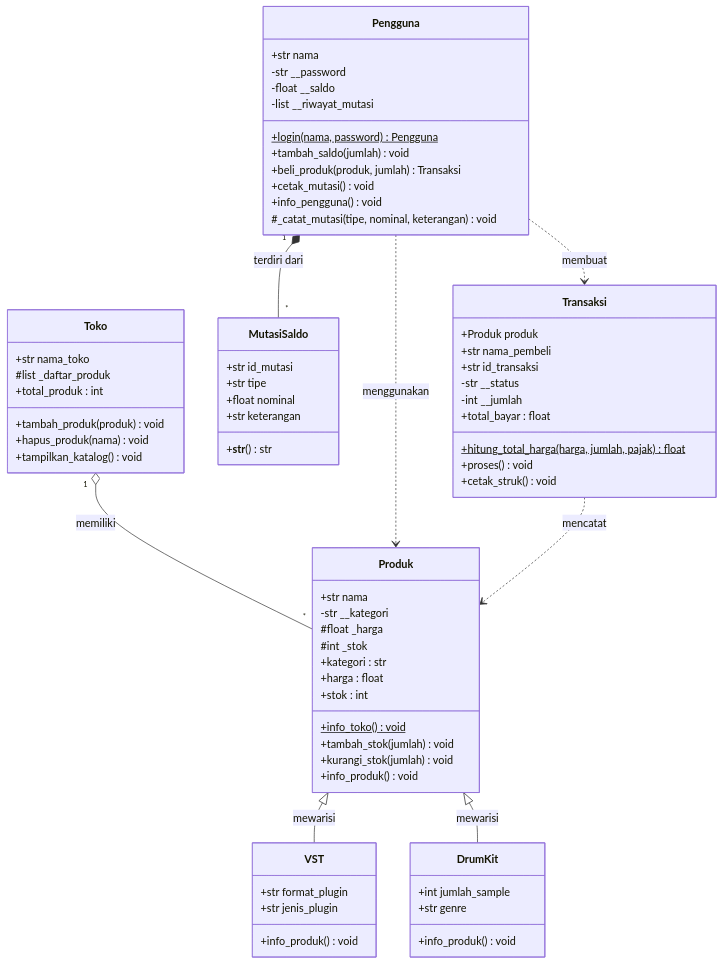
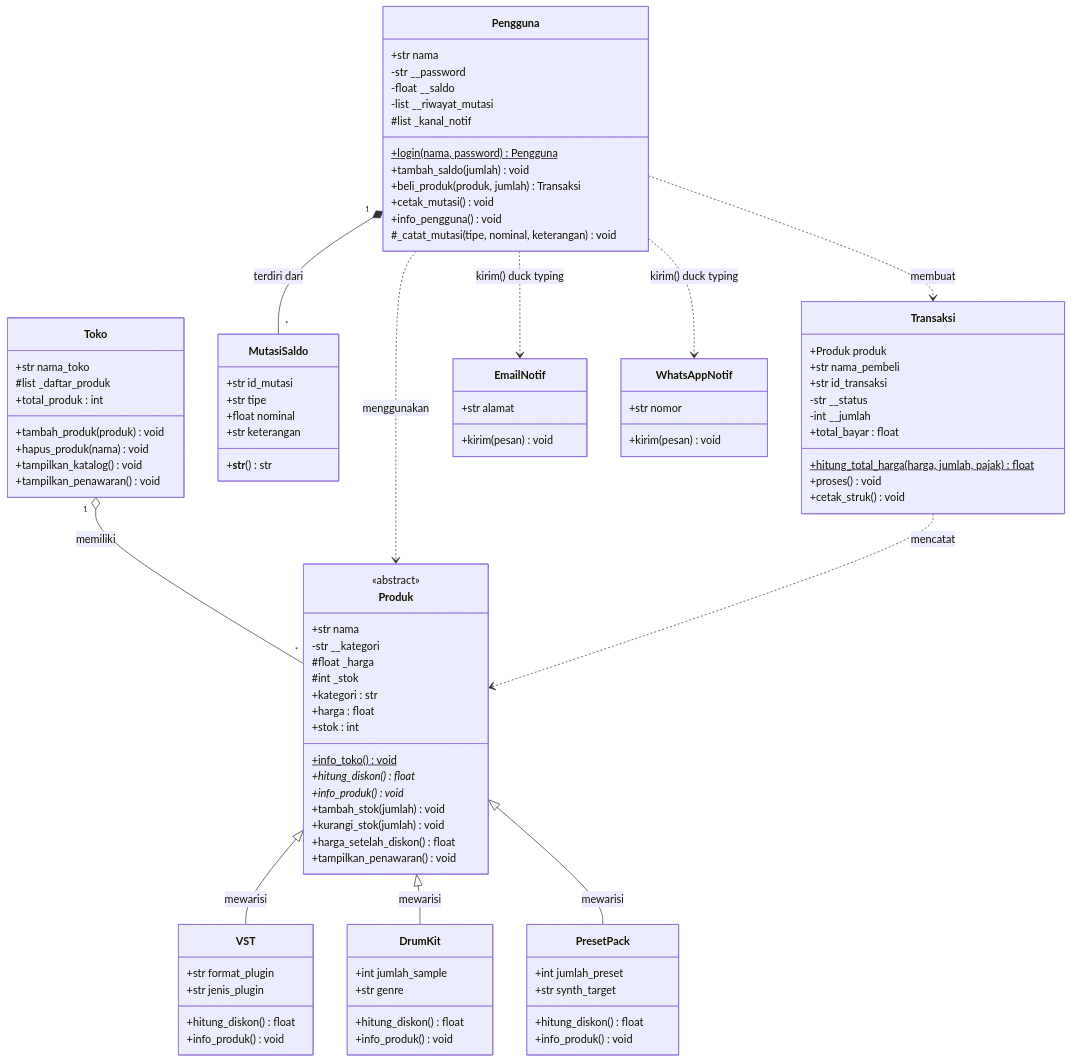
The diagram in PostTest-3/README.md (mhmdfaridal/Praktikum-PBO), drawn with Mermaid before and after one commit. The commit also changed other lines of this file and 5 other files, not shown here.

````diff
--- a/PostTest-3/README.md
+++ b/PostTest-3/README.md
@@ -233,6 +331,7 @@
     direction TB
 
     class Produk {
+        <<abstract>>
         +str nama
         -str __kategori
         #float _harga
@@ -241,20 +340,32 @@
         +harga : float
         +stok : int
         +info_toko() void$
+        +hitung_diskon() float*
+        +info_produk() void*
         +tambah_stok(jumlah) void
         +kurangi_stok(jumlah) void
-        +info_produk() void
+        +harga_setelah_diskon() float
+        +tampilkan_penawaran() void
     }
 
     class VST {
         +str format_plugin
         +str jenis_plugin
+        +hitung_diskon() float
         +info_produk() void
     }
 
     class DrumKit {
         +int jumlah_sample
         +str genre
+        +hitung_diskon() float
+        +info_produk() void
+    }
+
+    class PresetPack {
+        +int jumlah_preset
+        +str synth_target
+        +hitung_diskon() float
         +info_produk() void
     }
 
@@ -265,6 +376,7 @@
         +tambah_produk(produk) void
         +hapus_produk(nama) void
         +tampilkan_katalog() void
+        +tampilkan_penawaran() void
     }
 
     class Pengguna {
@@ -272,6 +384,7 @@
         -str __password
         -float __saldo
         -list __riwayat_mutasi
+        #list _kanal_notif
         +login(nama, password) Pengguna$
         +tambah_saldo(jumlah) void
         +beli_produk(produk, jumlah) Transaksi
@@ -300,14 +413,26 @@
         +cetak_struk() void
     }
 
+    class EmailNotif {
+        +str alamat
+        +kirim(pesan) void
+    }
+
+    class WhatsAppNotif {
+        +str nomor
+        +kirim(pesan) void
+    }
+
     Produk <|-- VST : mewarisi
     Produk <|-- DrumKit : mewarisi
+    Produk <|-- PresetPack : mewarisi
 
     Toko "1" o-- "*" Produk : memiliki
-
     Pengguna "1" *-- "*" MutasiSaldo : terdiri dari
 
     Pengguna ..> Produk : menggunakan
     Pengguna ..> Transaksi : membuat
     Transaksi ..> Produk : mencatat
+    Pengguna ..> EmailNotif : kirim() duck typing
+    Pengguna ..> WhatsAppNotif : kirim() duck typing
 ```
````
